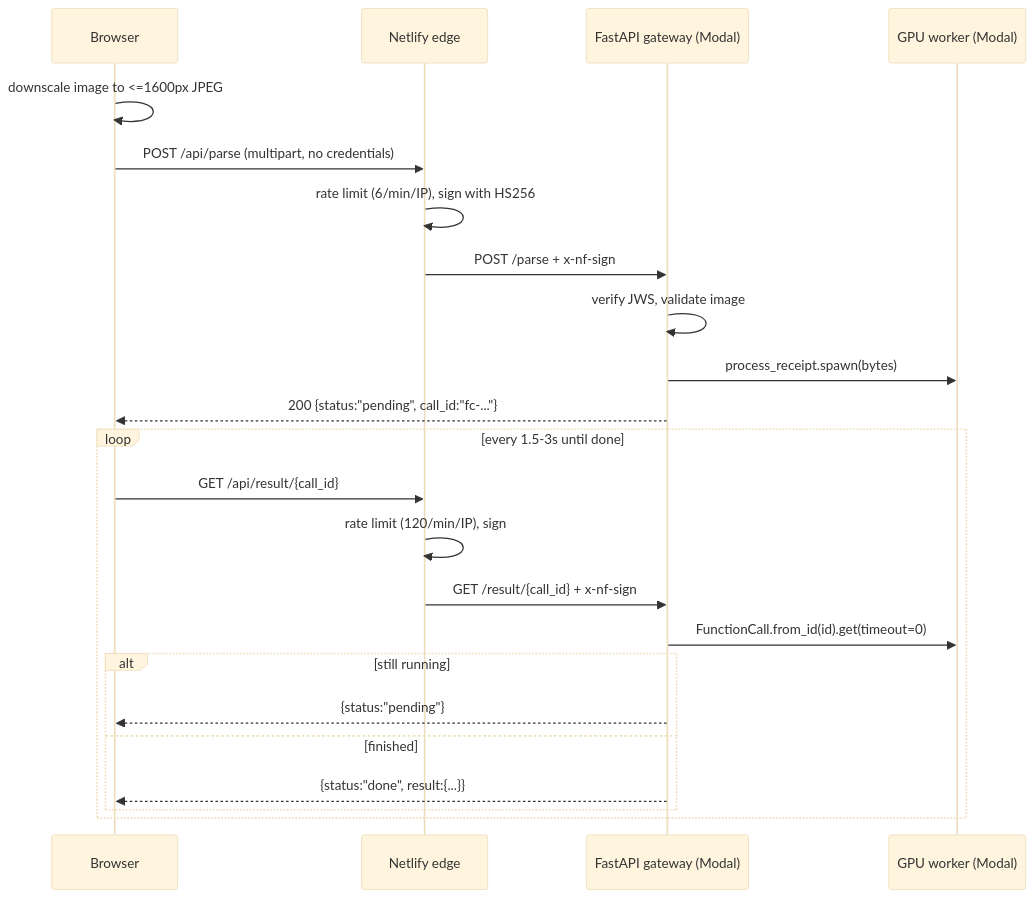
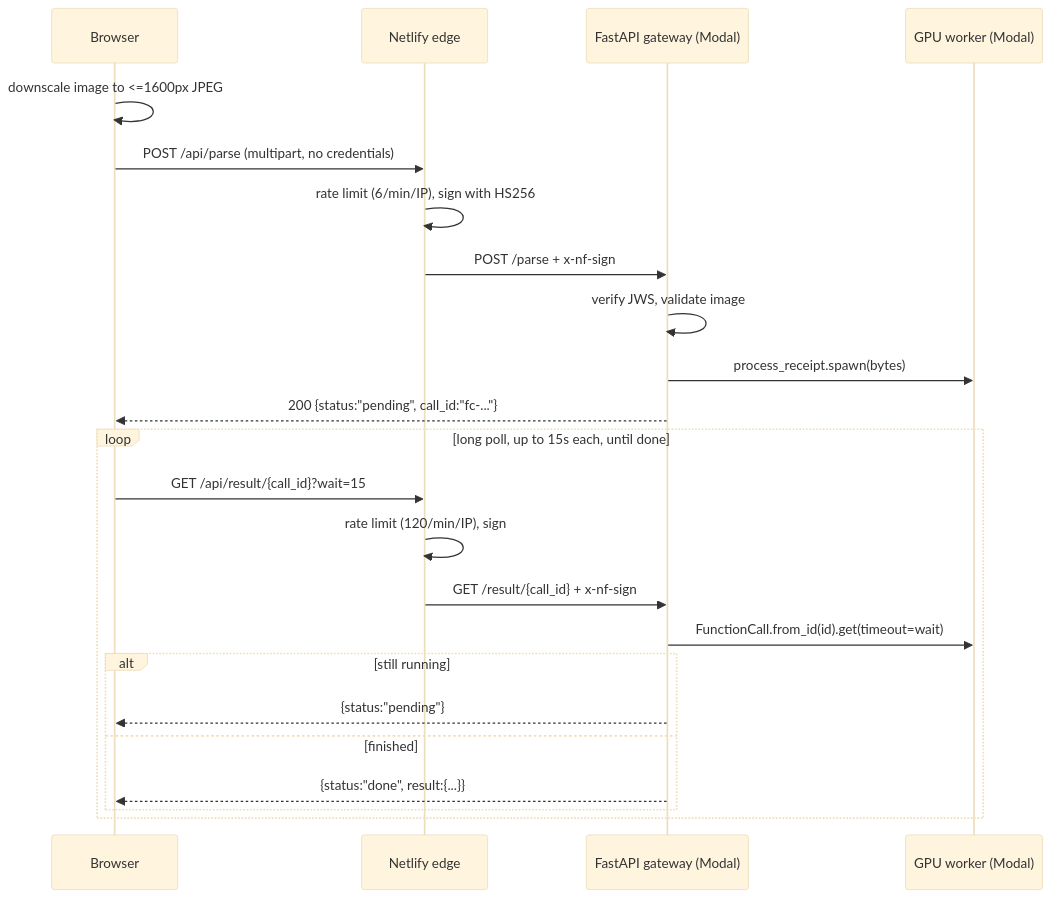
The diagram in ARCHITECTURE.md (yangalex1081/receipt_parser), drawn with Mermaid (base theme) before and after one commit. The commit also changed other lines of this file and 3 other files, not shown here.

First line of the commit message:
Long-poll results and stop a stale upload overwriting a new one

````diff
--- a/ARCHITECTURE.md
+++ b/ARCHITECTURE.md
@@ -57,27 +57,27 @@
 ```mermaid
 sequenceDiagram
     participant B as Browser
     participant N as Netlify edge
     participant G as FastAPI gateway (Modal)
     participant W as GPU worker (Modal)
 
     B->>B: downscale image to <=1600px JPEG
     B->>N: POST /api/parse (multipart, no credentials)
     N->>N: rate limit (6/min/IP), sign with HS256
     N->>G: POST /parse + x-nf-sign
     G->>G: verify JWS, validate image
     G->>W: process_receipt.spawn(bytes)
     G-->>B: 200 {status:"pending", call_id:"fc-..."}
 
-    loop every 1.5-3s until done
-        B->>N: GET /api/result/{call_id}
+    loop long poll, up to 15s each, until done
+        B->>N: GET /api/result/{call_id}?wait=15
         N->>N: rate limit (120/min/IP), sign
         N->>G: GET /result/{call_id} + x-nf-sign
-        G->>W: FunctionCall.from_id(id).get(timeout=0)
+        G->>W: FunctionCall.from_id(id).get(timeout=wait)
         alt still running
             G-->>B: {status:"pending"}
         else finished
             G-->>B: {status:"done", result:{...}}
         end
     end
 ```
````
